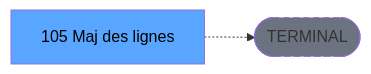
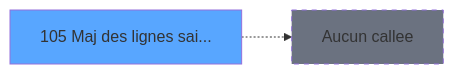
One commit to thonyAGP/lecteur-magic changed the third of 3 diagrams in .openspec/specs/ADH-IDE-105.md. Above: the diagram before and after it, drawn with Mermaid. The commit also changed other lines of this file and 96 other files, not shown here.

````diff
--- a/.openspec/specs/ADH-IDE-105.md
+++ b/.openspec/specs/ADH-IDE-105.md
@@ -137,8 +295,8 @@
 ```mermaid
 graph LR
-    T[105 Maj des lignes ]
-    TERM([TERMINAL])
-    T -.-> TERM
-    style TERM fill:#6b7280,stroke-dasharray: 5 5
-    style T fill:#58a6ff,color:#000
+    T105[105 Maj des lignes sai...]
+    style T105 fill:#58a6ff
+    NONE[Aucun callee]
+    T105 -.-> NONE
+    style NONE fill:#6b7280,stroke-dasharray: 5 5
 ```
````
